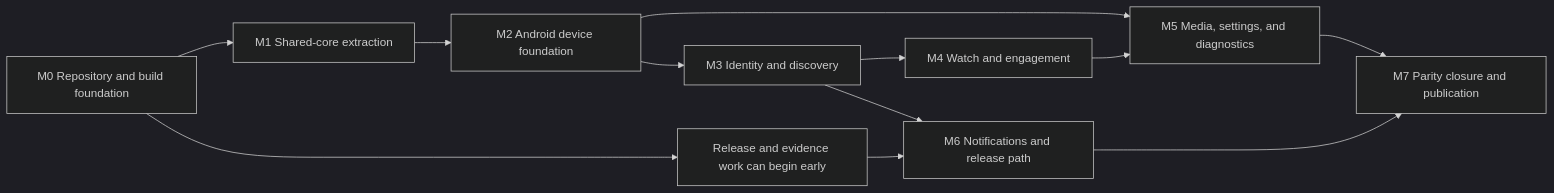
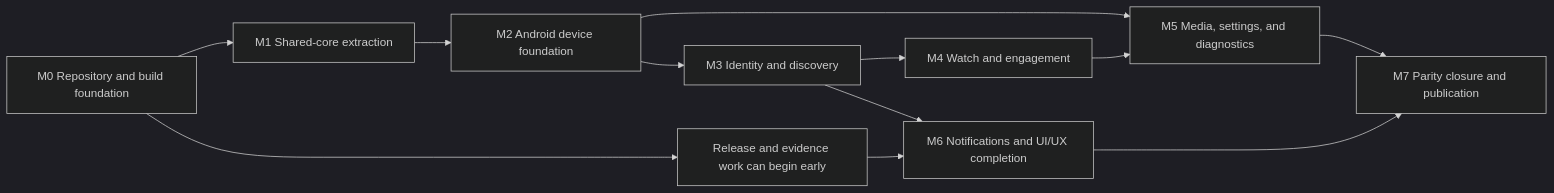
One commit to TheDarkSkyXD/StreamFusion changed the diagram in docs/research/streamfusion-mobile/streamfusion-mobile-implementation-roadmap.md. Above: the diagram before and after it, drawn with Mermaid (dark theme). The commit also changed other lines of this file and 7 other files, not shown here.

````diff
--- a/docs/research/streamfusion-mobile/streamfusion-mobile-implementation-roadmap.md
+++ b/docs/research/streamfusion-mobile/streamfusion-mobile-implementation-roadmap.md
@@ -33,14 +41,14 @@
 ```mermaid
 flowchart LR
   M0["M0 Repository and build foundation"] --> M1["M1 Shared-core extraction"]
   M0 --> R["Release and evidence work can begin early"]
   M1 --> M2["M2 Android device foundation"]
   M2 --> M3["M3 Identity and discovery"]
   M3 --> M4["M4 Watch and engagement"]
   M2 --> M5["M5 Media, settings, and diagnostics"]
   M4 --> M5
-  M3 --> M6["M6 Notifications and release path"]
+  M3 --> M6["M6 Notifications and UI/UX completion"]
   M5 --> M7["M7 Parity closure and publication"]
   M6 --> M7
   R --> M6
 ```
````
